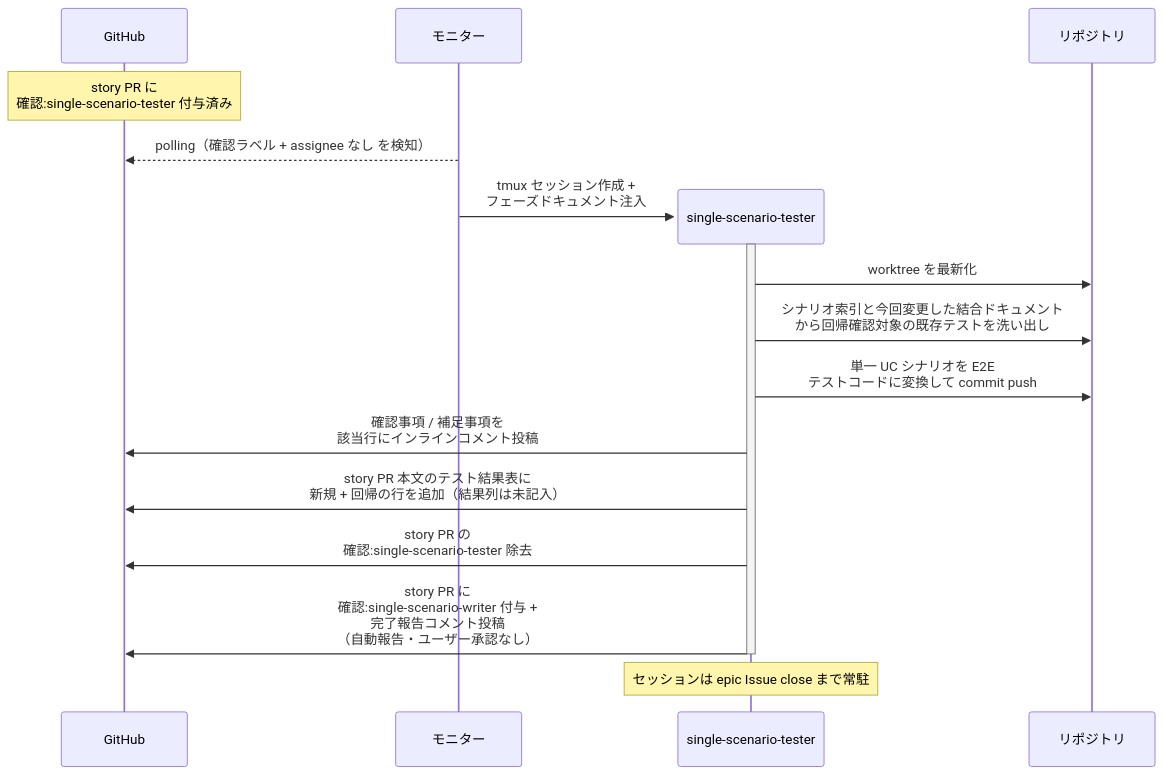
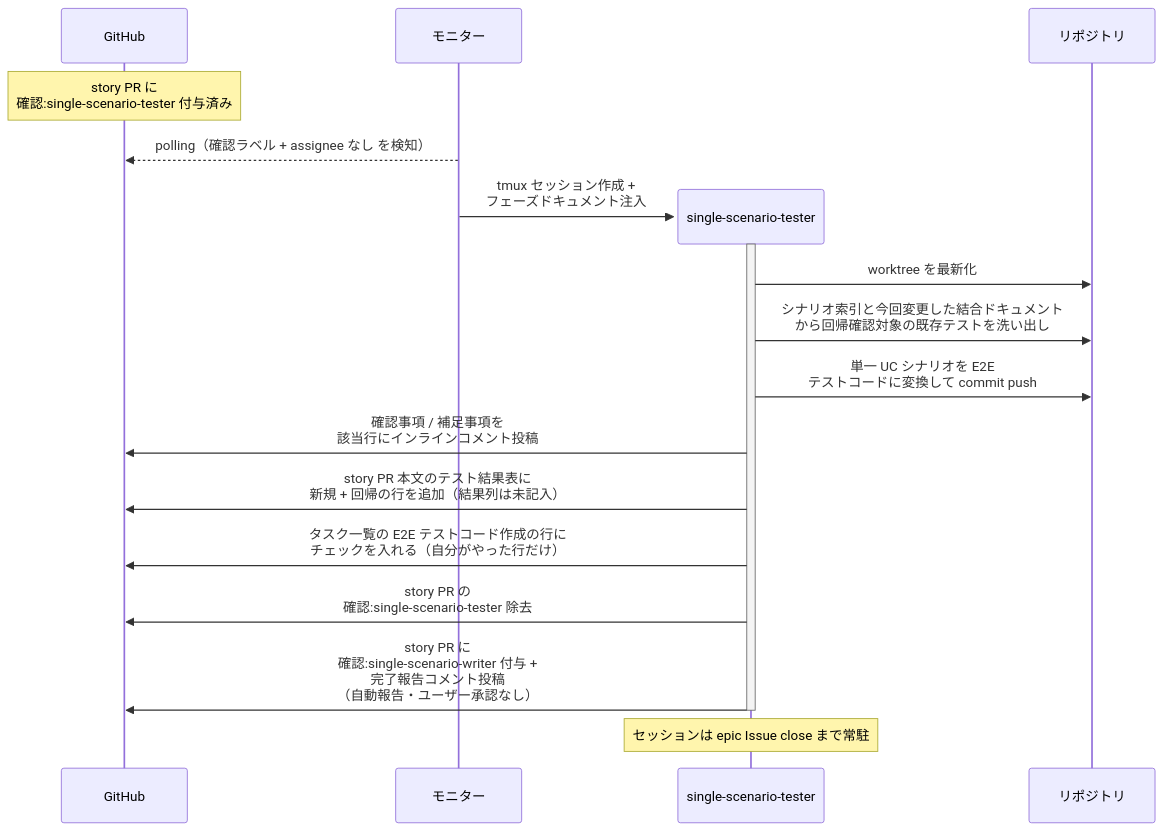
One commit to shuhei1101/ai-monitor changed the first of 2 diagrams in docs/wiki/設計図/シナリオ/単一ユースケース/統合テスト実装.md. Above: the diagram before and after it, drawn with Mermaid. The commit also changed other lines of this file and 77 other files, not shown here.

````diff
--- a/docs/wiki/設計図/シナリオ/単一ユースケース/統合テスト実装.md
+++ b/docs/wiki/設計図/シナリオ/単一ユースケース/統合テスト実装.md
@@ -39,21 +39,22 @@
 ```mermaid
 sequenceDiagram
   participant GH as GitHub
   participant ORC as モニター
 
   Note over GH: story PR に<br>確認:single-scenario-tester 付与済み
   ORC-->>GH: polling（確認ラベル + assignee なし を検知）
   create participant MON as single-scenario-tester
   ORC->>MON: tmux セッション作成 +<br>フェーズドキュメント注入
   participant REPO as リポジトリ
   activate MON
   MON->>REPO: worktree を最新化
   MON->>REPO: シナリオ索引と今回変更した結合ドキュメント<br>から回帰確認対象の既存テストを洗い出し
   MON->>REPO: 単一 UC シナリオを E2E<br>テストコードに変換して commit push
   MON->>GH: 確認事項 / 補足事項を<br>該当行にインラインコメント投稿
   MON->>GH: story PR 本文のテスト結果表に<br>新規 + 回帰の行を追加（結果列は未記入）
+  MON->>GH: タスク一覧の E2E テストコード作成の行に<br>チェックを入れる（自分がやった行だけ）
   MON->>GH: story PR の<br>確認:single-scenario-tester 除去
   MON->>GH: story PR に<br>確認:single-scenario-writer 付与 +<br>完了報告コメント投稿<br>（自動報告・ユーザー承認なし）
   deactivate MON
   Note over MON: セッションは epic Issue close まで常駐
 ```
````
